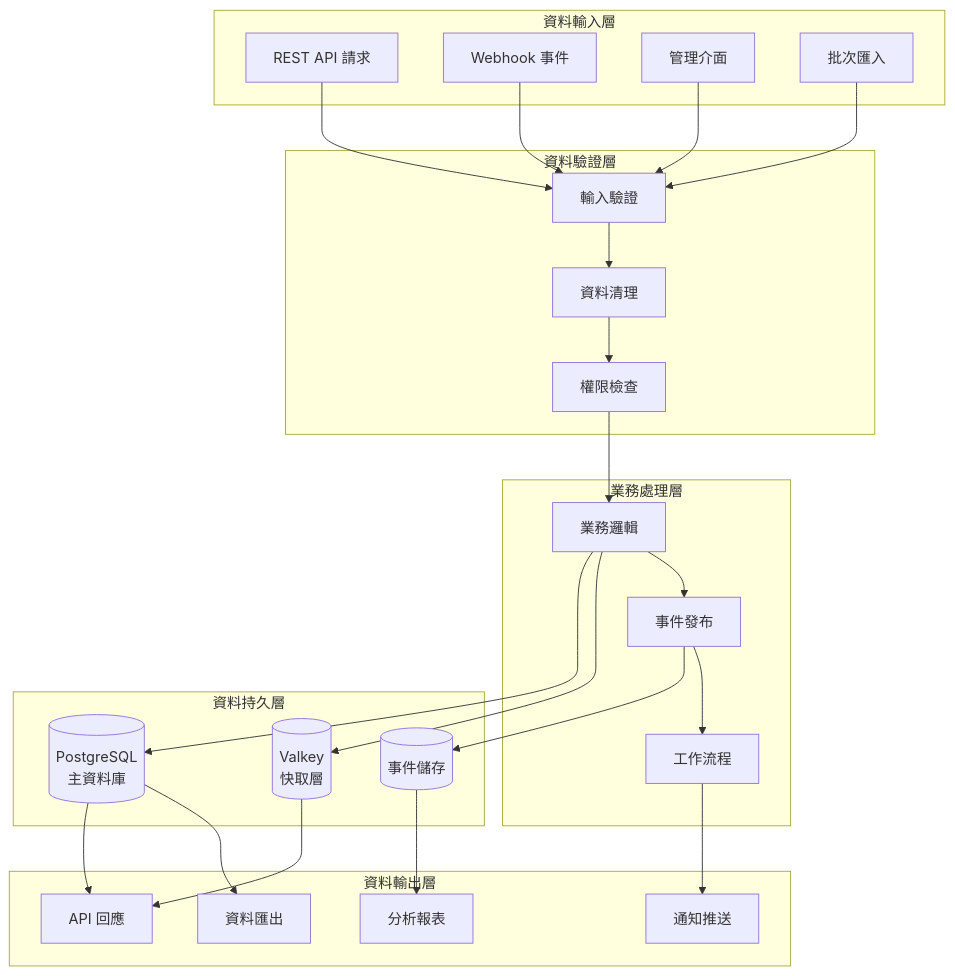
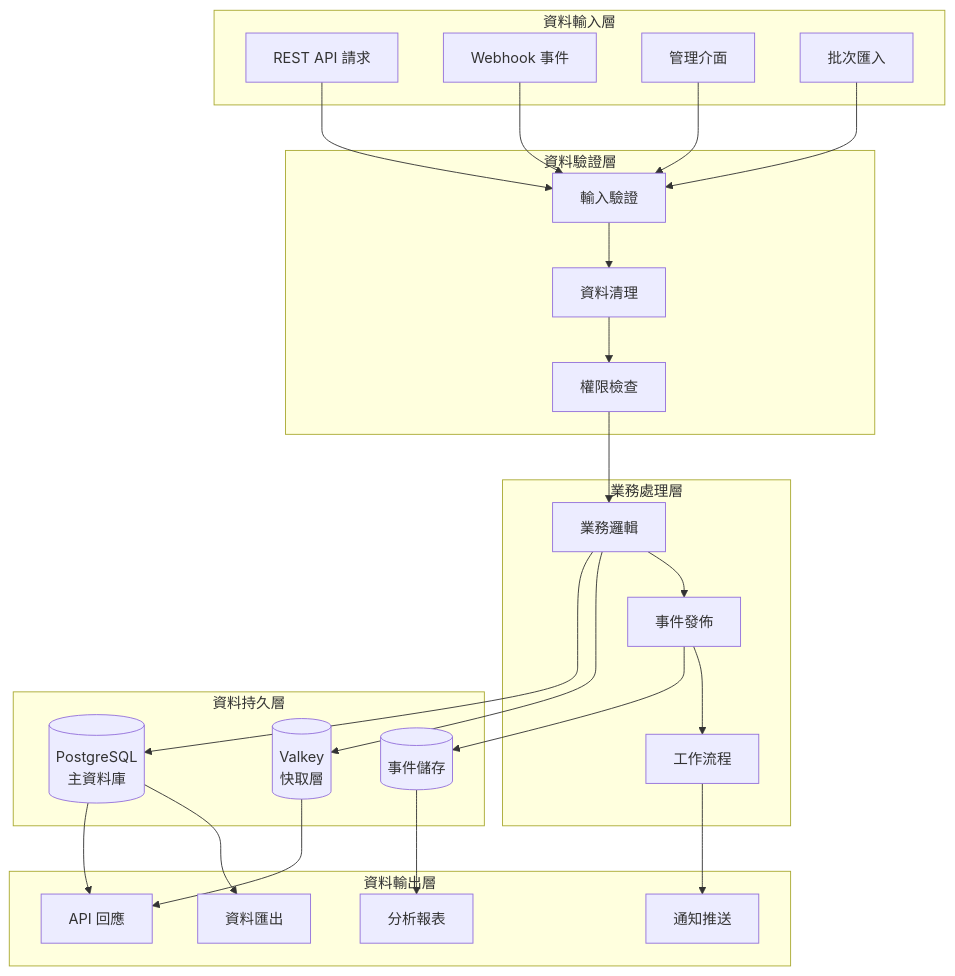
One commit to kehao-chen/fake-store-api changed the first of 15 diagrams in docs/architecture/data-flow.md. Above: the diagram before and after it, drawn with Mermaid. The commit also changed other lines of this file and 16 other files, not shown here.

````diff
--- a/docs/architecture/data-flow.md
+++ b/docs/architecture/data-flow.md
@@ -7,57 +7,57 @@
 ```mermaid
 graph TB
     subgraph "資料輸入層"
         API[REST API 請求]
         Webhook[Webhook 事件]
         Admin[管理介面]
         Batch[批次匯入]
     end
     
     subgraph "資料驗證層"
         Validation[輸入驗證]
         Sanitization[資料清理]
         Authorization[權限檢查]
     end
     
     subgraph "業務處理層"
         BusinessLogic[業務邏輯]
-        EventPublisher[事件發布]
+        EventPublisher[事件發佈]
         Workflow[工作流程]
     end
     
     subgraph "資料持久層"
         PostgreSQL[(PostgreSQL<br/>主資料庫)]
         Valkey[(Valkey<br/>快取層)]
         EventStore[(事件儲存)]
     end
     
     subgraph "資料輸出層"
         APIResponse[API 回應]
         Notification[通知推送]
         Analytics[分析報表]
         Export[資料匯出]
     end
     
     API --> Validation
     Webhook --> Validation
     Admin --> Validation
     Batch --> Validation
     
     Validation --> Sanitization
     Sanitization --> Authorization
     Authorization --> BusinessLogic
     
     BusinessLogic --> PostgreSQL
     BusinessLogic --> Valkey
     BusinessLogic --> EventPublisher
     
     EventPublisher --> EventStore
     EventPublisher --> Workflow
     
     PostgreSQL --> APIResponse
     Valkey --> APIResponse
     EventStore --> Analytics
     PostgreSQL --> Export
     
     Workflow --> Notification
 ```
````
